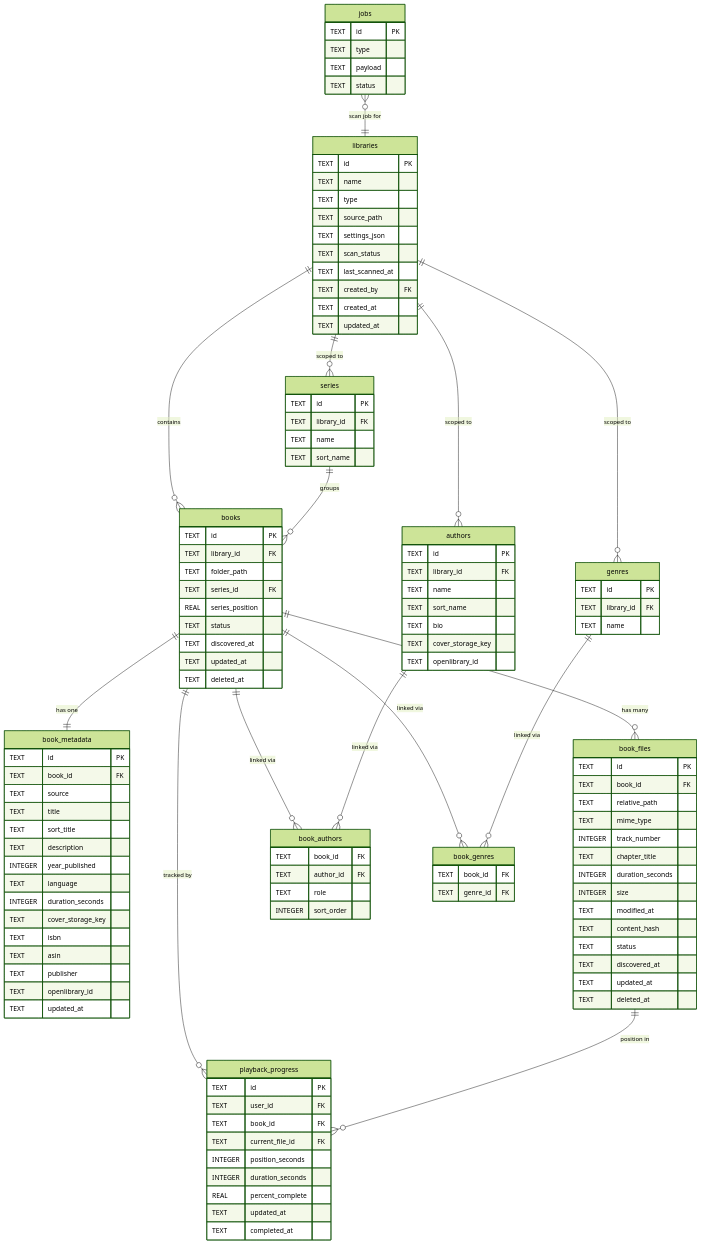
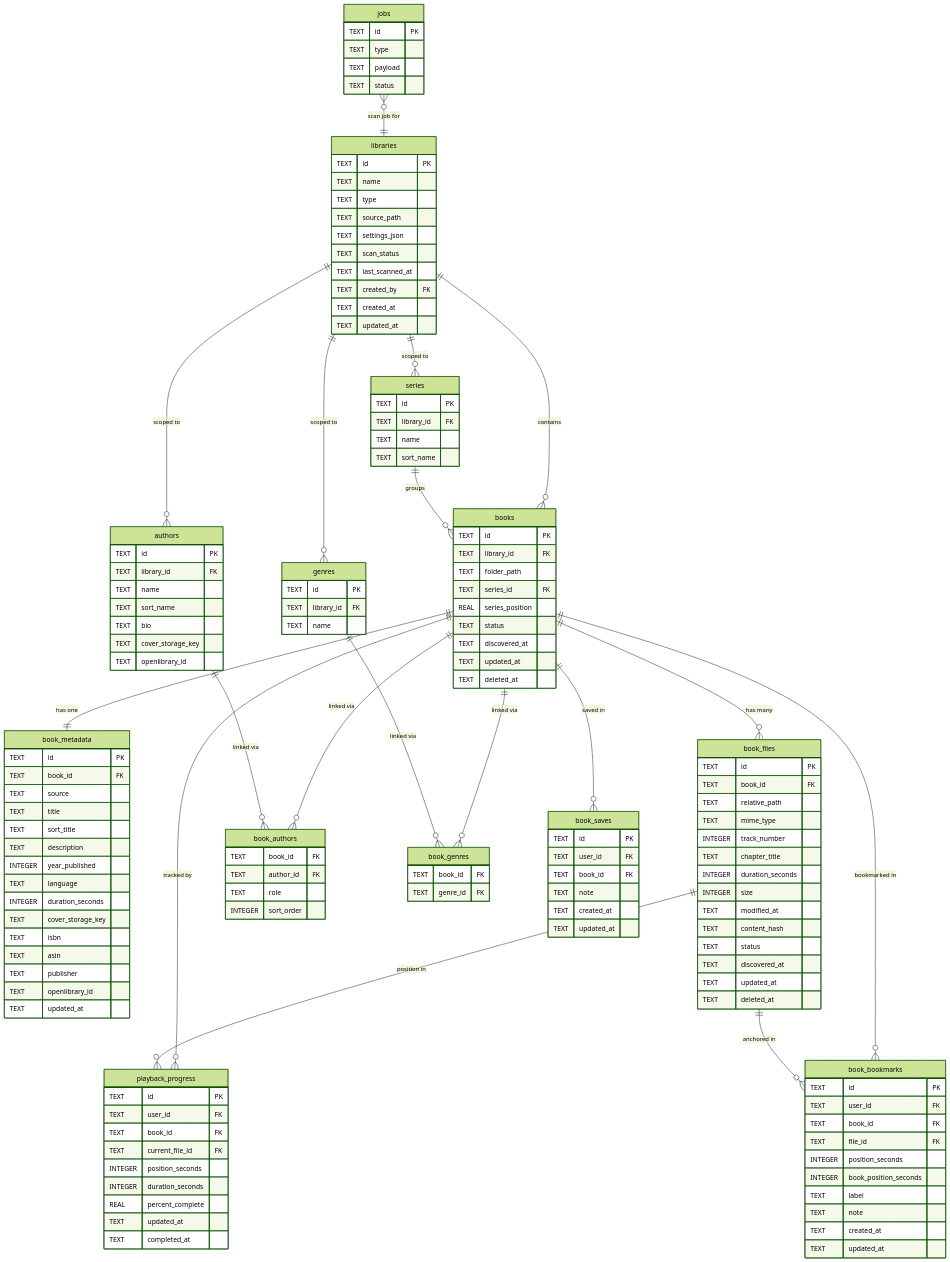
The diagram in Documents/audiobook-db.md (isputnikdotnet/isputnik.home), drawn with Mermaid (forest theme) before and after one commit. The commit also changed other lines of this file and 23 other files, not shown here.

First line of the commit message:
release: v0.4.9 — bookmarks, My List, scan encoding fix, player redesign

````diff
--- a/Documents/audiobook-db.md
+++ b/Documents/audiobook-db.md
@@ -123,6 +123,30 @@
         TEXT completed_at
     }
 
+    %% ── Per-user bookmarks ───────────────────────────────────────────
+    book_bookmarks {
+        TEXT id PK
+        TEXT user_id FK
+        TEXT book_id FK
+        TEXT file_id FK
+        INTEGER position_seconds
+        INTEGER book_position_seconds
+        TEXT label
+        TEXT note
+        TEXT created_at
+        TEXT updated_at
+    }
+
+    %% ── Per-user saved books (My List) ───────────────────────────────
+    book_saves {
+        TEXT id PK
+        TEXT user_id FK
+        TEXT book_id FK
+        TEXT note
+        TEXT created_at
+        TEXT updated_at
+    }
+
     %% ── Shared systems (outline only) ────────────────────────────────
     jobs {
         TEXT id PK
@@ -145,10 +169,13 @@
     books     ||--o{  book_authors  : "linked via"
     books     ||--o{  book_genres   : "linked via"
     books     ||--o{  playback_progress : "tracked by"
+    books     ||--o{  book_bookmarks : "bookmarked in"
+    books     ||--o{  book_saves     : "saved in"
     authors   ||--o{  book_authors  : "linked via"
     genres    ||--o{  book_genres   : "linked via"
 
     book_files ||--o{ playback_progress : "position in"
+    book_files ||--o{ book_bookmarks    : "anchored in"
 
     jobs      }o--||  libraries     : "scan job for"
 ```
````
